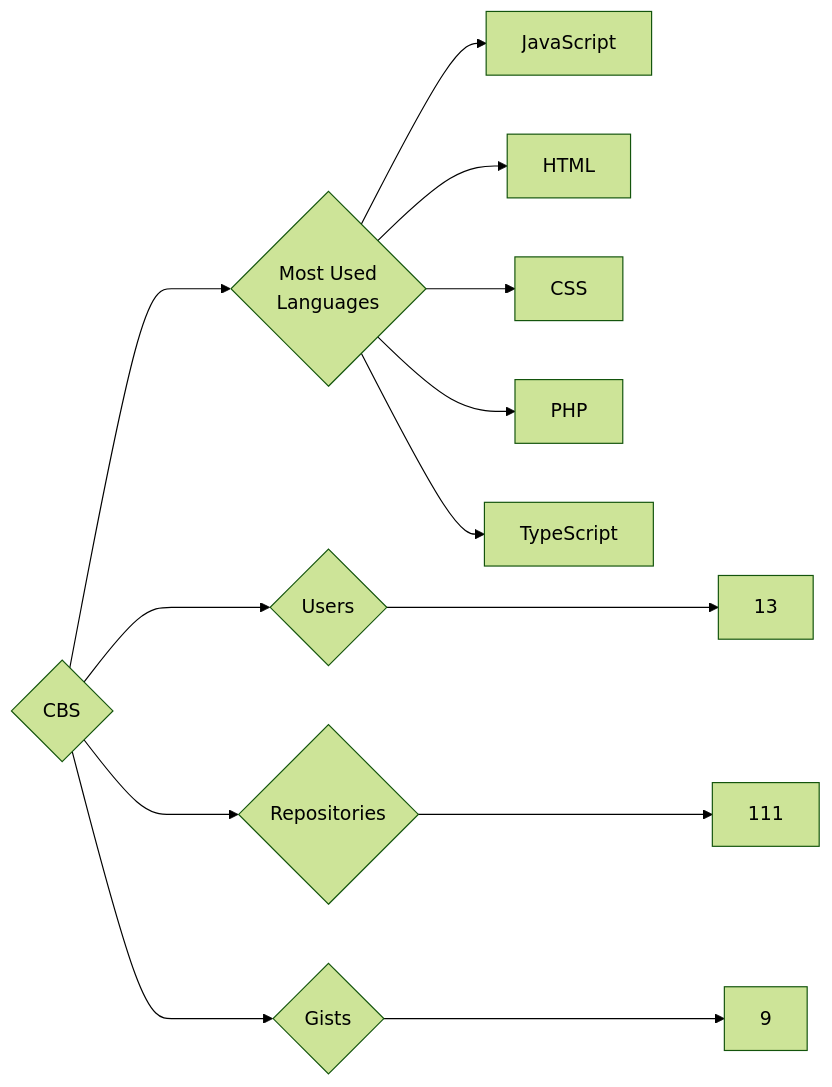
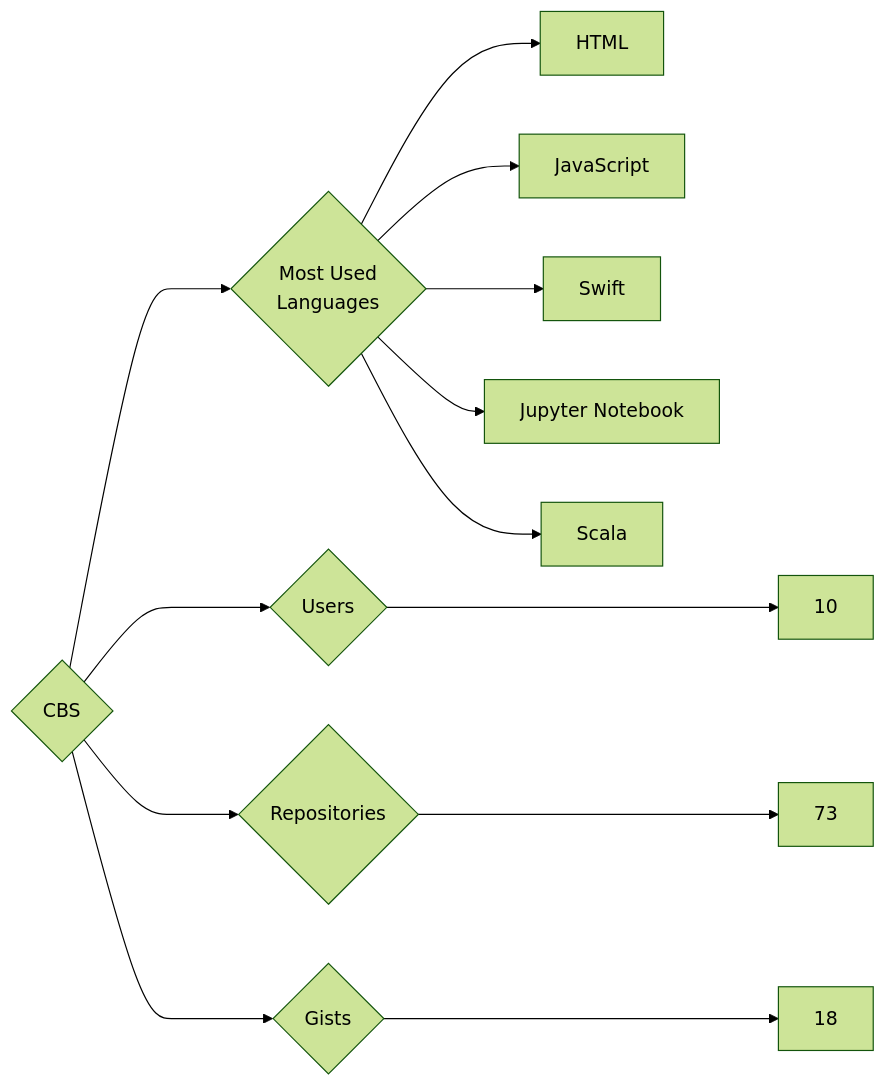
One commit to trickest/insiders changed the diagram in targets/CBS/README.md. Above: the diagram before and after it, drawn with Mermaid (forest theme). The commit also changed 873 other files, not shown here.

````diff
--- a/targets/CBS/README.md
+++ b/targets/CBS/README.md
@@ -3,13 +3,13 @@
 ```mermaid
 graph LR
 COMPANY_NAME{CBS}
-COMPANY_NAME ---> U{Users} ---> UN[13]
-COMPANY_NAME ---> R{Repositories} ---> RN[111]
-COMPANY_NAME ---> G{Gists} ---> GN[9]
+COMPANY_NAME ---> U{Users} ---> UN[10]
+COMPANY_NAME ---> R{Repositories} ---> RN[73]
+COMPANY_NAME ---> G{Gists} ---> GN[18]
 COMPANY_NAME ---> ML{Most Used<br>Languages}
+ML --> HTML[HTML]
 ML --> JavaScript[JavaScript]
-ML --> HTML[HTML]
-ML --> CSS[CSS]
-ML --> PHP[PHP]
-ML --> TypeScript[TypeScript]
+ML --> Swift[Swift]
+ML --> Jupyter_Notebook[Jupyter Notebook]
+ML --> Scala[Scala]
 ```
````
